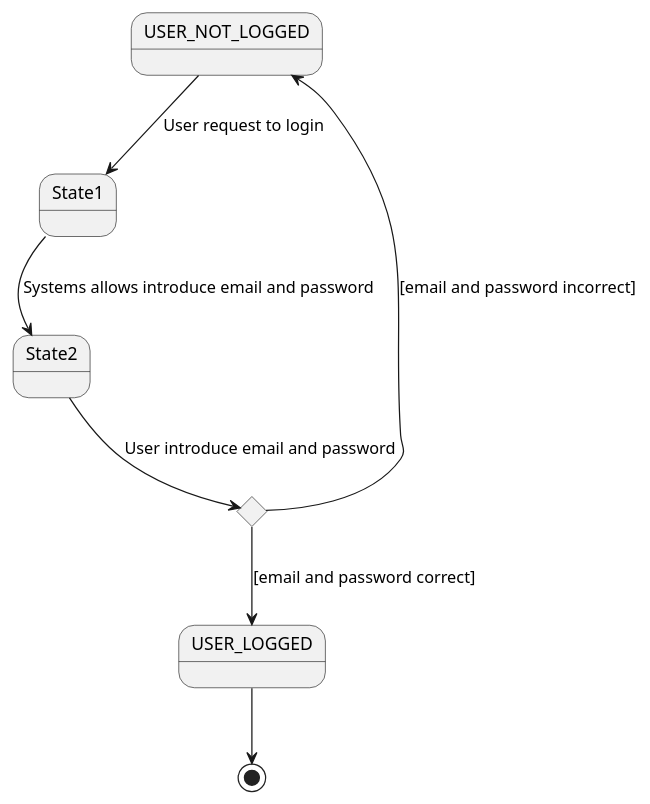
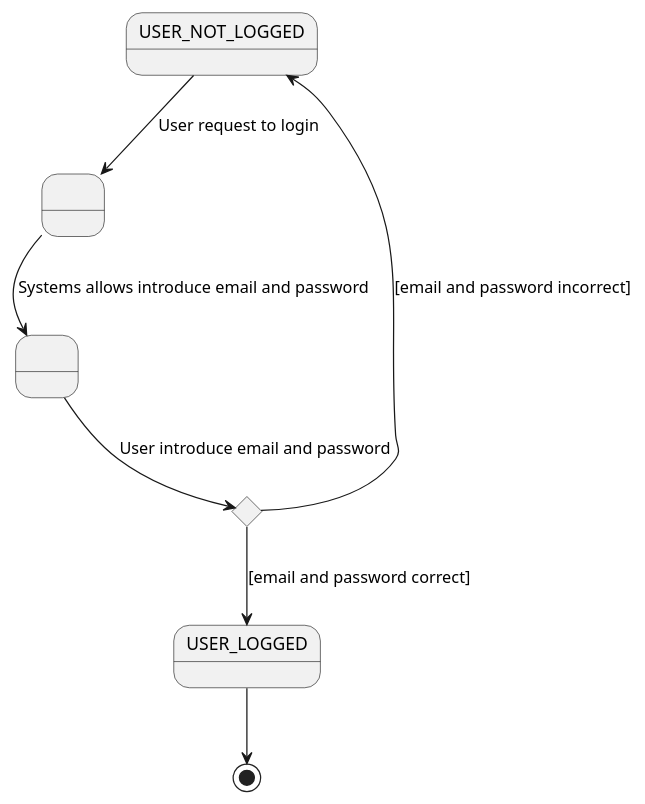
Before and after one commit to nataliacasanova/analesdelaciencia: the fourth of 7 diagrams in index.adoc, drawn with PlantUML. The commit also changed other lines of this file and 23 other files, not shown here.

```diff
--- a/index.adoc
+++ b/index.adoc
@@ -168,16 +168,19 @@
 [plantuml, loginUseCase, svg]
 ....
+
+state " " as State1
+state " " as State2
 
 
 USER_NOT_LOGGED -down-> State1 : User request to login
 
 state c <<choice>>
 
 State1 --> State2 : Systems allows introduce email and password
 State2 --> c : User introduce email and password
 c -up-> USER_NOT_LOGGED : [email and password incorrect]
 c --> USER_LOGGED : [email and password correct]
 
 USER_LOGGED --> [*]
 
 ....
```
